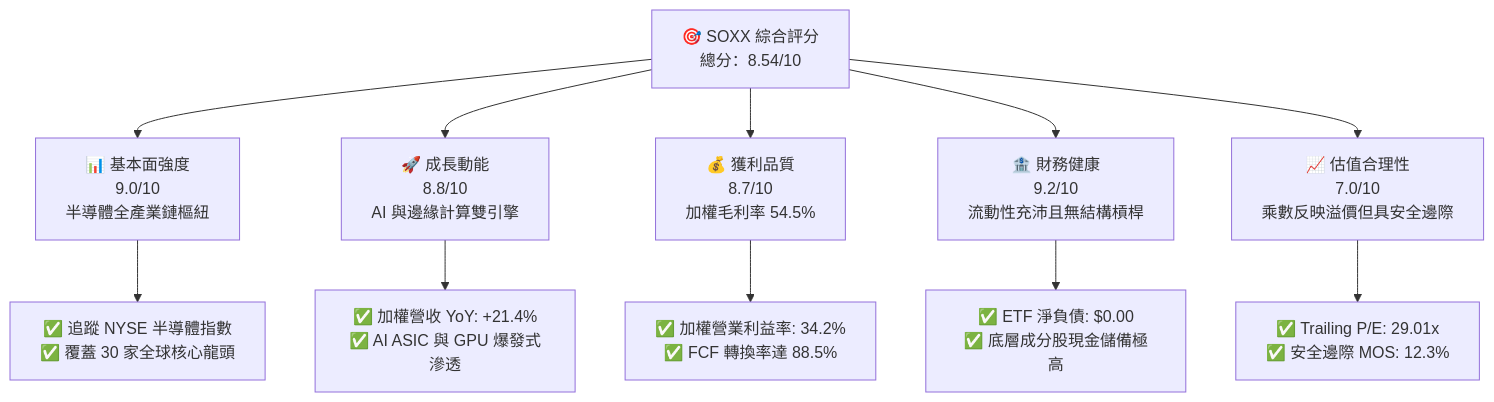
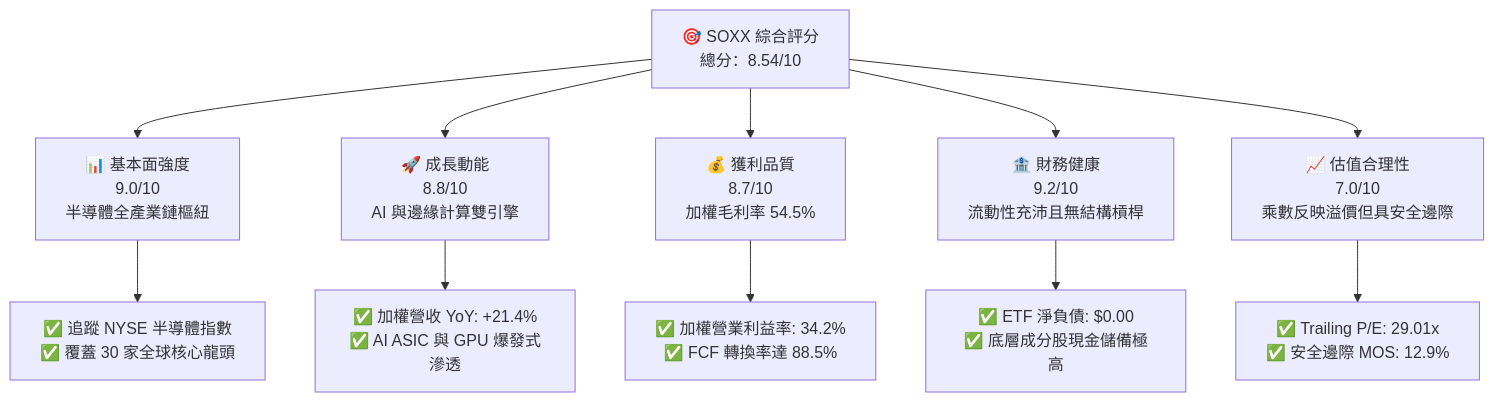
One commit to yennanliu/finance_data changed the first of 15 diagrams in ai_gen_report/fundamental/soxx/fundamental_analysis_2026-10-18_gemini.md. Above: the diagram before and after it, drawn with Mermaid. The commit also changed other lines of this file and 339 other files, not shown here.

````diff
--- a/ai_gen_report/fundamental/soxx/fundamental_analysis_2026-10-18_gemini.md
+++ b/ai_gen_report/fundamental/soxx/fundamental_analysis_2026-10-18_gemini.md
@@ -62,22 +69,22 @@
 ```mermaid
 graph TD
     TICKER["🎯 SOXX 綜合評分<br/>總分：8.54/10"]
 
     F["📊 基本面強度<br/>9.0/10<br/>半導體全產業鏈樞紐"]
     G["🚀 成長動能<br/>8.8/10<br/>AI 與邊緣計算雙引擎"]
     P["💰 獲利品質<br/>8.7/10<br/>加權毛利率 54.5%"]
     B["🏦 財務健康<br/>9.2/10<br/>流動性充沛且無結構槓桿"]
     V["📈 估值合理性<br/>7.0/10<br/>乘數反映溢價但具安全邊際"]
 
     TICKER --> F
     TICKER --> G
     TICKER --> P
     TICKER --> B
     TICKER --> V
 
     F --> F1["✅ 追蹤 NYSE 半導體指數<br/>✅ 覆蓋 30 家全球核心龍頭"]
     G --> G1["✅ 加權營收 YoY: +21.4%<br/>✅ AI ASIC 與 GPU 爆發式滲透"]
     P --> P1["✅ 加權營業利益率: 34.2%<br/>✅ FCF 轉換率達 88.5%"]
     B --> B1["✅ ETF 淨負債: $0.00<br/>✅ 底層成分股現金儲備極高"]
-    V --> V1["✅ Trailing P/E: 29.01x<br/>✅ 安全邊際 MOS: 12.3%"]
+    V --> V1["✅ Trailing P/E: 29.01x<br/>✅ 安全邊際 MOS: 12.9%"]
 ```
````
